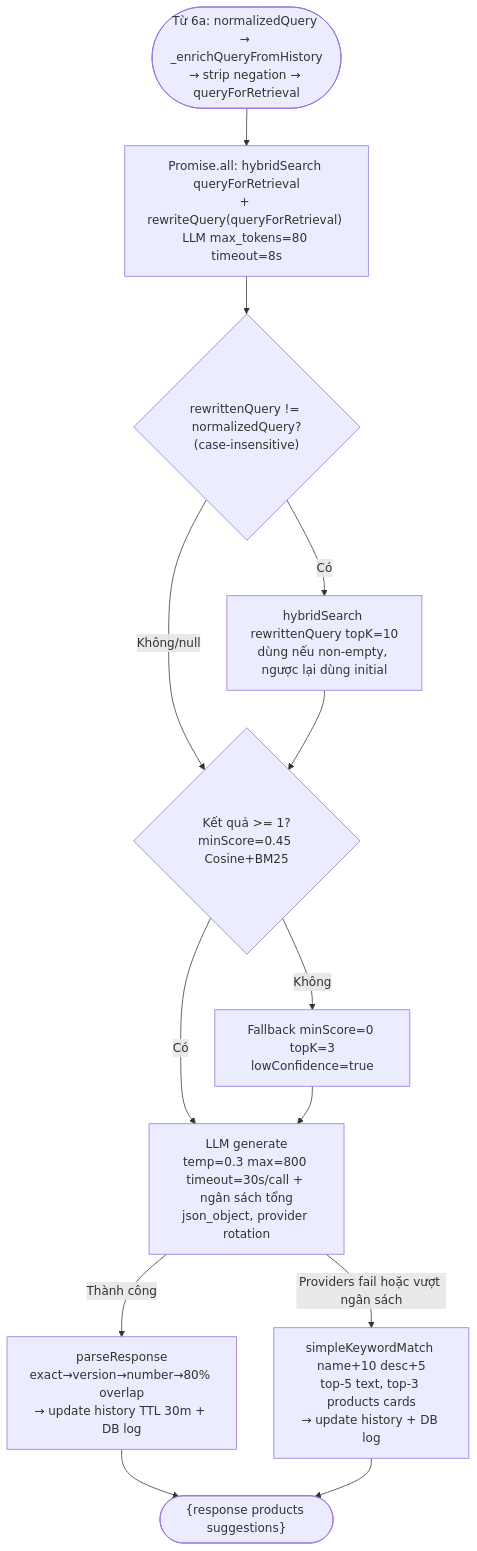
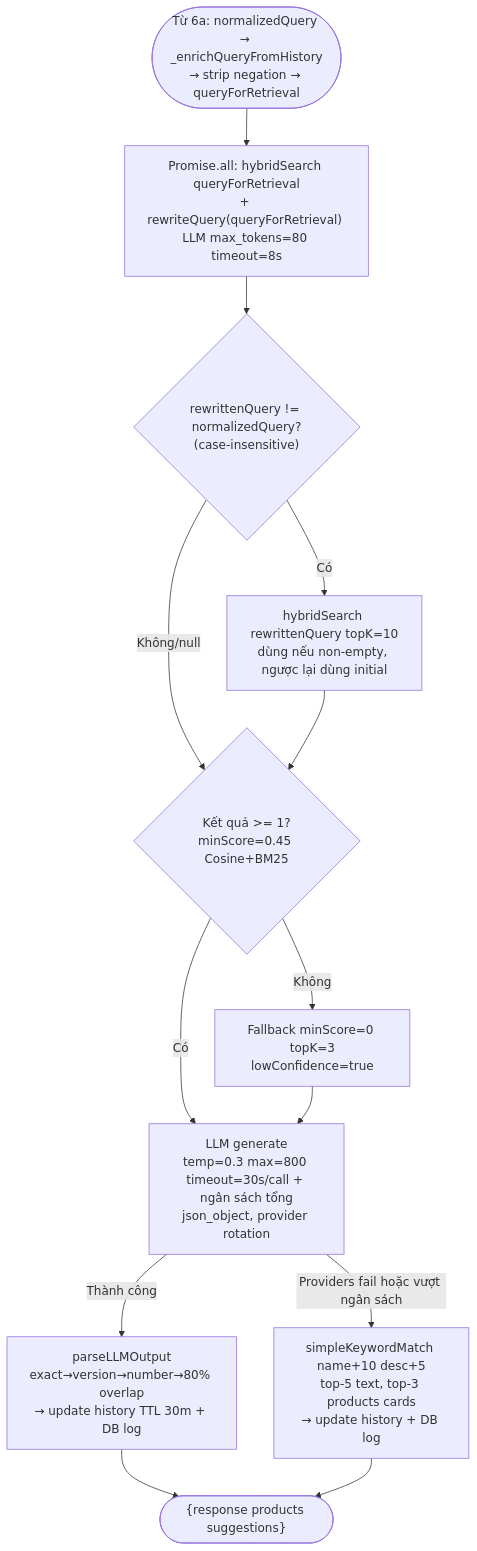
Diagram 39 of 47 in DIAGRAMS.md (MinhThang1009/E-commerce-website), drawn with Mermaid before and after one commit. The commit also changed other lines of this file and 4 other files, not shown here.

````diff
--- a/DIAGRAMS.md
+++ b/DIAGRAMS.md
@@ -1666,15 +1668,15 @@
 ```mermaid
 flowchart TD
     A([Từ 6a: normalizedQuery → _enrichQueryFromHistory<br/>→ strip negation → queryForRetrieval]) --> B["Promise.all: hybridSearch queryForRetrieval<br/>+ rewriteQuery(queryForRetrieval) LLM max_tokens=80 timeout=8s"]
     B --> C{"rewrittenQuery != normalizedQuery?<br/>(case-insensitive)"}
     C -->|Có| D["hybridSearch rewrittenQuery topK=10<br/>dùng nếu non-empty, ngược lại dùng initial"]
     C -->|Không/null| E
     D --> E{"Kết quả >= 1?<br/>minScore=0.45 Cosine+BM25"}
     E -->|Không| F["Fallback minScore=0 topK=3<br/>lowConfidence=true"]
     E -->|Có| G["LLM generate<br/>temp=0.3 max=800 timeout=30s/call + ngân sách tổng<br/>json_object, provider rotation"]
     F --> G
-    G -->|Thành công| H["parseResponse<br/>exact→version→number→80% overlap<br/>→ update history TTL 30m + DB log"]
+    G -->|Thành công| H["parseLLMOutput<br/>exact→version→number→80% overlap<br/>→ update history TTL 30m + DB log"]
     G -->|Providers fail hoặc vượt ngân sách| I["simpleKeywordMatch name+10 desc+5<br/>top-5 text, top-3 products cards<br/>→ update history + DB log"]
     H --> J(["{response products suggestions}"])
     I --> J
 ```
````
